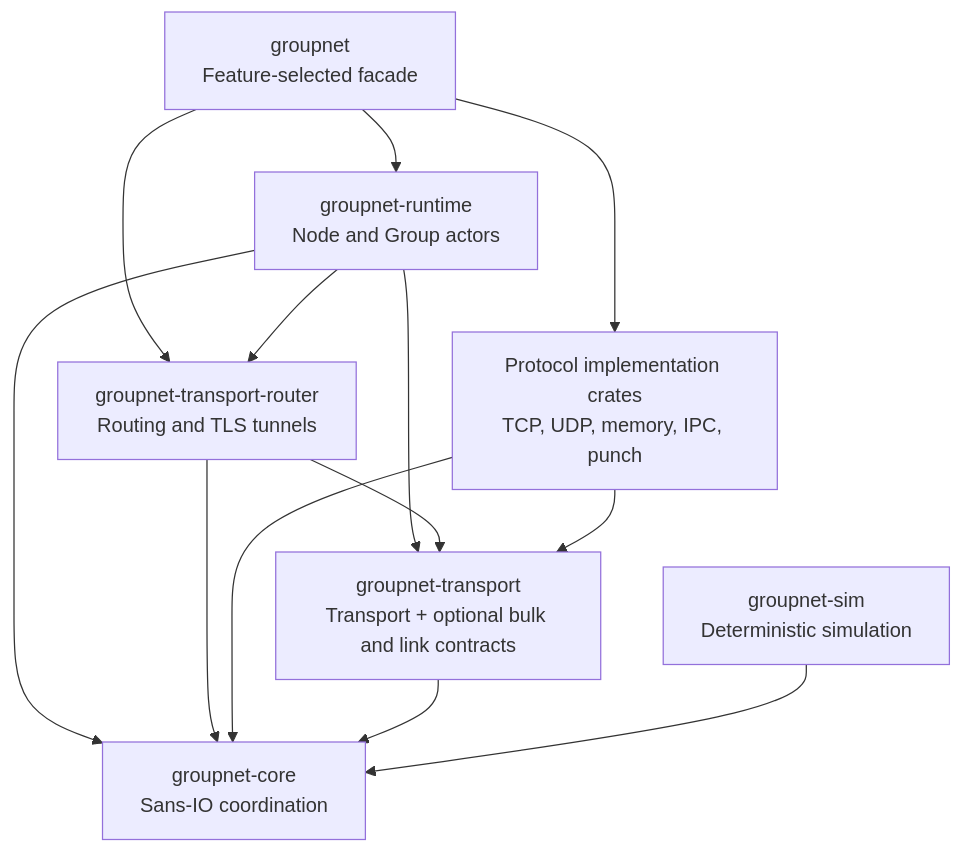
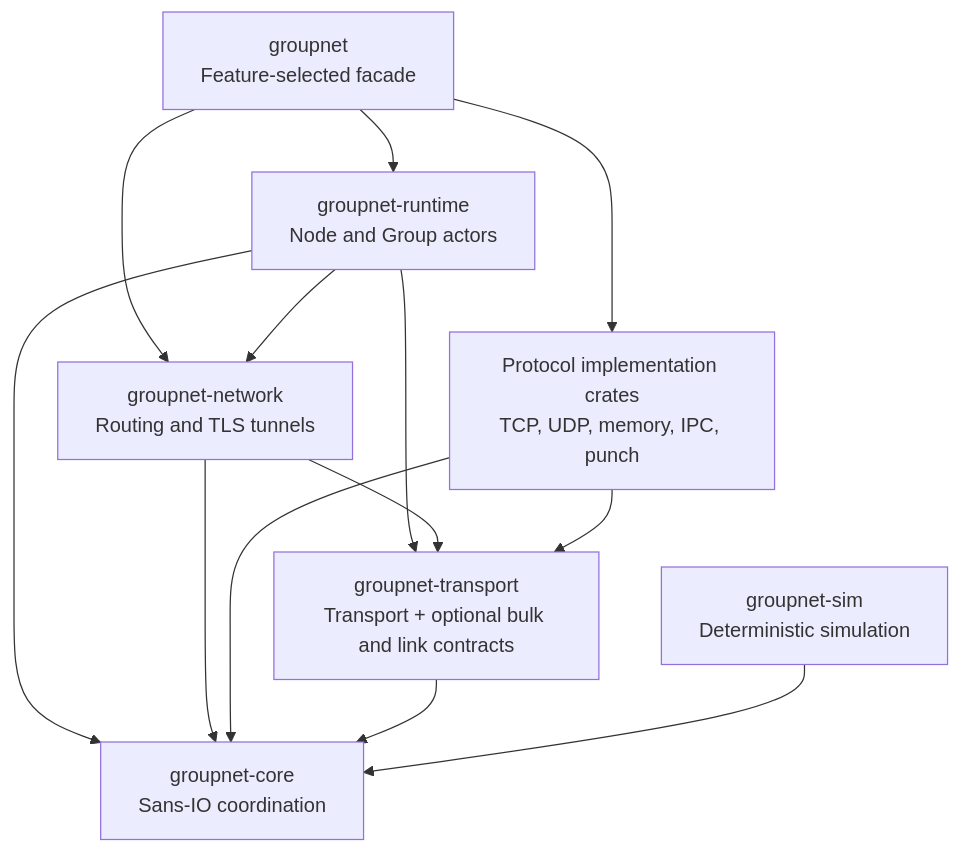
One commit to napbat/groupnet changed the second of 3 diagrams in docs/architecture.md. Above: the diagram before and after it, drawn with Mermaid. The commit also changed other lines of this file and 49 other files, not shown here.

Commit message:
refactor: rename routed network crate and facade

````diff
--- a/docs/architecture.md
+++ b/docs/architecture.md
@@ -47,22 +47,22 @@
 ```mermaid
 flowchart TB
     Facade["groupnet\nFeature-selected facade"]
     Runtime["groupnet-runtime\nNode and Group actors"]
-    Router["groupnet-transport-router\nRouting and TLS tunnels"]
+    Network["groupnet-network\nRouting and TLS tunnels"]
     Protocols["Protocol implementation crates\nTCP, UDP, memory, IPC, punch"]
     Shared["groupnet-transport\nTransport + optional bulk and link contracts"]
     Core["groupnet-core\nSans-IO coordination"]
     Sim["groupnet-sim\nDeterministic simulation"]
     Facade --> Runtime
-    Facade --> Router
+    Facade --> Network
     Facade --> Protocols
-    Runtime --> Router
+    Runtime --> Network
     Runtime --> Shared
     Runtime --> Core
-    Router --> Shared
-    Router --> Core
+    Network --> Shared
+    Network --> Core
     Protocols --> Shared
     Protocols --> Core
     Shared --> Core
     Sim --> Core
 ```
````
